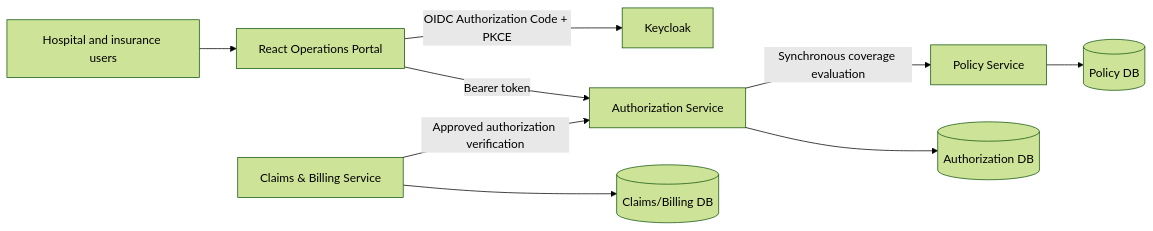
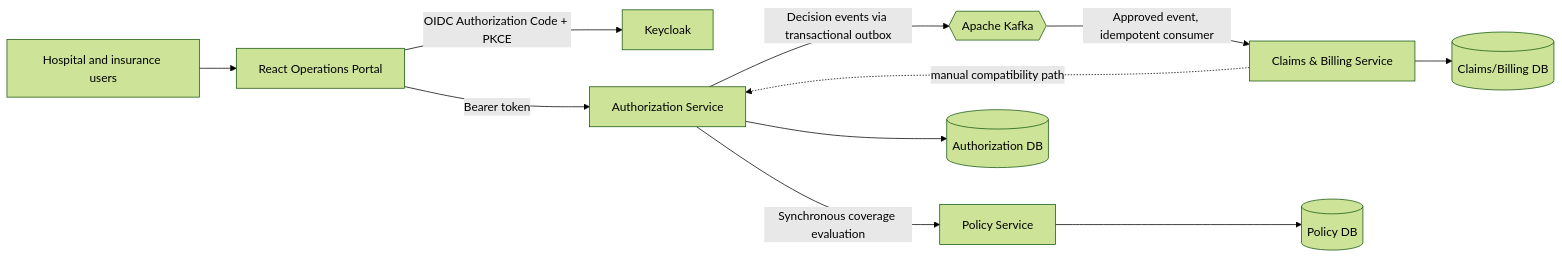
One commit to aydindemir1/health-insurance-platform changed the diagram in README.md. Above: the diagram before and after it, drawn with Mermaid (forest theme). The commit also changed other lines of this file and 12 other files, not shown here.

````diff
--- a/README.md
+++ b/README.md
@@ -100,11 +116,13 @@
 ```mermaid
 flowchart LR
     User[Hospital and insurance users] --> Portal[React Operations Portal]
     Portal -->|OIDC Authorization Code + PKCE| KC[Keycloak]
     Portal -->|Bearer token| Auth[Authorization Service]
     Auth -->|Synchronous coverage evaluation| Policy[Policy Service]
-    Claims[Claims & Billing Service] -->|Approved authorization verification| Auth
+    Auth -->|Decision events via transactional outbox| Kafka{{Apache Kafka}}
+    Kafka -->|Approved event, idempotent consumer| Claims[Claims & Billing Service]
+    Claims -. manual compatibility path .-> Auth
     Auth --> AuthDB[(Authorization DB)]
     Policy --> PolicyDB[(Policy DB)]
     Claims --> ClaimsDB[(Claims/Billing DB)]
 ```
````
